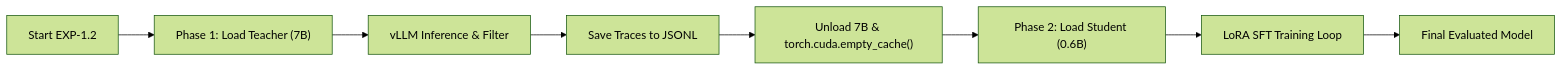
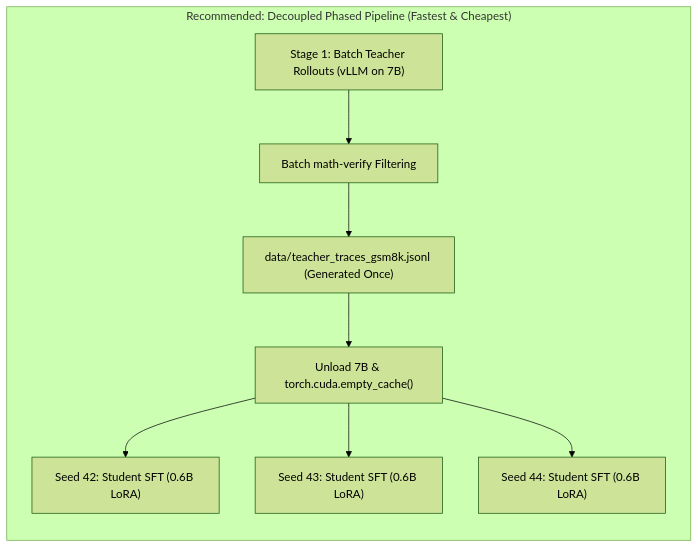
One commit to akarshzingade/multigeneration_RL changed the second of 2 diagrams in docs/experiments/experiment_1.2.md. Above: the diagram before and after it, drawn with Mermaid (forest theme). The commit also changed other lines of this file and 13 other files, not shown here.

````diff
--- a/docs/experiments/experiment_1.2.md
+++ b/docs/experiments/experiment_1.2.md
@@ -356,10 +323,12 @@
 ```mermaid
-flowchart LR
-    A[Start EXP-1.2] --> B["Phase 1: Load Teacher (7B)"]
-    B --> C["vLLM Inference & Filter"]
-    C --> D["Save Traces to JSONL"]
-    D --> E["Unload 7B & torch.cuda.empty_cache()"]
-    E --> F["Phase 2: Load Student (0.6B)"]
-    F --> G["LoRA SFT Training Loop"]
-    G --> H[Final Evaluated Model]
+flowchart TD
+    subgraph Phased_Pipeline["Recommended: Decoupled Phased Pipeline (Fastest & Cheapest)"]
+        direction TB
+        G1["Stage 1: Batch Teacher Rollouts (vLLM on 7B)"] --> V1["Batch math-verify Filtering"]
+        V1 --> J["data/teacher_traces_gsm8k.jsonl (Generated Once)"]
+        J --> U["Unload 7B & torch.cuda.empty_cache()"]
+        U --> S42["Seed 42: Student SFT (0.6B LoRA)"]
+        U --> S43["Seed 43: Student SFT (0.6B LoRA)"]
+        U --> S44["Seed 44: Student SFT (0.6B LoRA)"]
+    end
 ```
````
